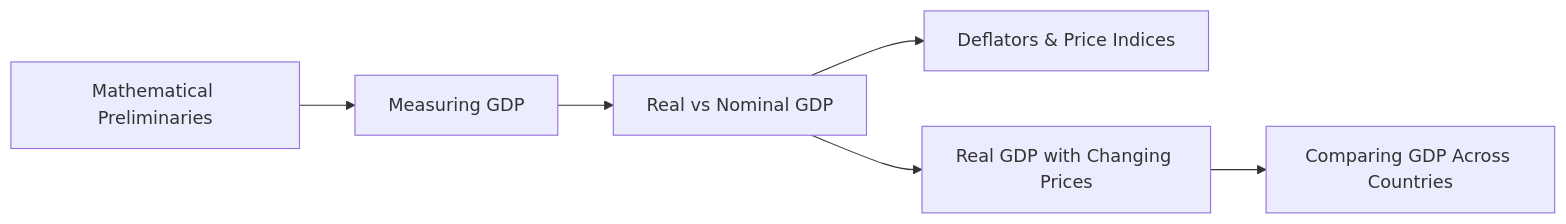
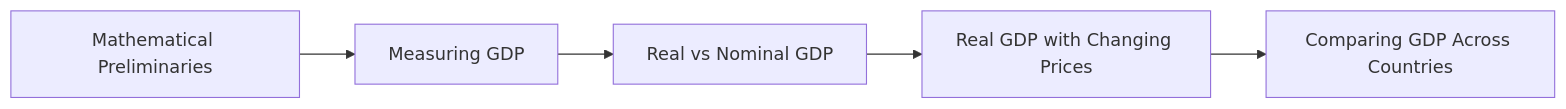
One commit to ajaiupadhyaya/intmacro changed the diagram in tracks/measurement.qmd. Above: the diagram before and after it, drawn with Mermaid. The commit also changed other lines of this file and 33 other files, not shown here.

````diff
--- a/tracks/measurement.qmd
+++ b/tracks/measurement.qmd
@@ -9,14 +9,12 @@
 ```{mermaid}
 graph LR
   PR[Mathematical Preliminaries] --> MG[Measuring GDP]
   MG --> RN[Real vs Nominal GDP]
-  RN --> DF[Deflators & Price Indices]
   RN --> CW[Real GDP with Changing Prices]
   CW --> XC[Comparing GDP Across Countries]
   click PR "../content/Preliminaries.html"
   click MG "../content/measuring_gdp.html"
   click RN "../content/realvsnom.html"
-  click DF "../content/cash_money.html"
   click CW "../content/two_goods_twoperiods.html"
   click XC "../content/realgdpacross.html"
 ```
````
